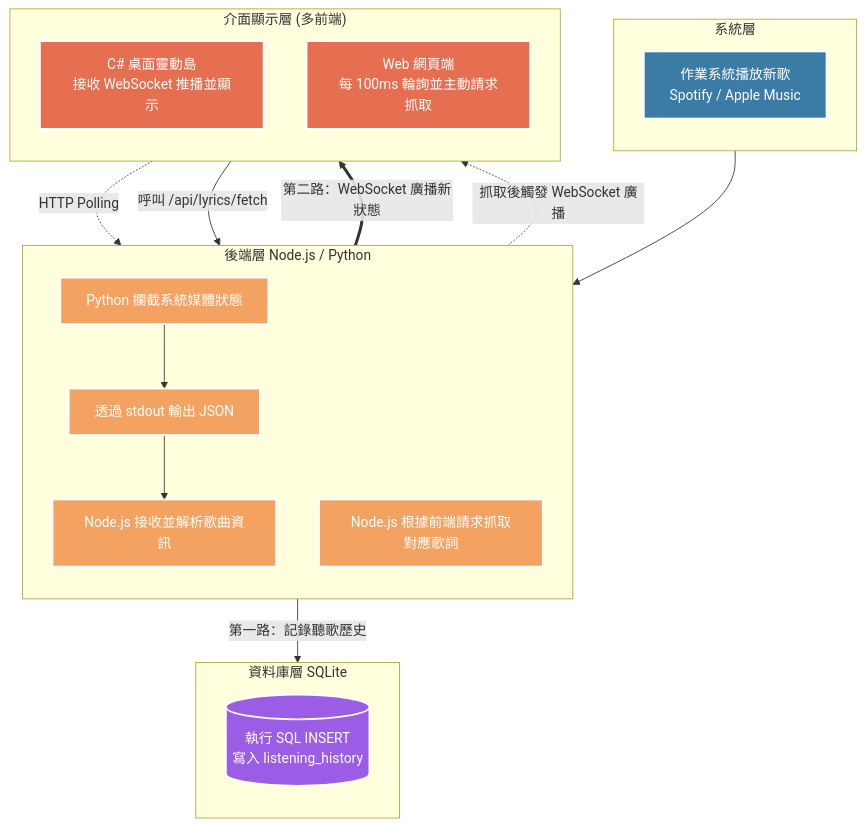
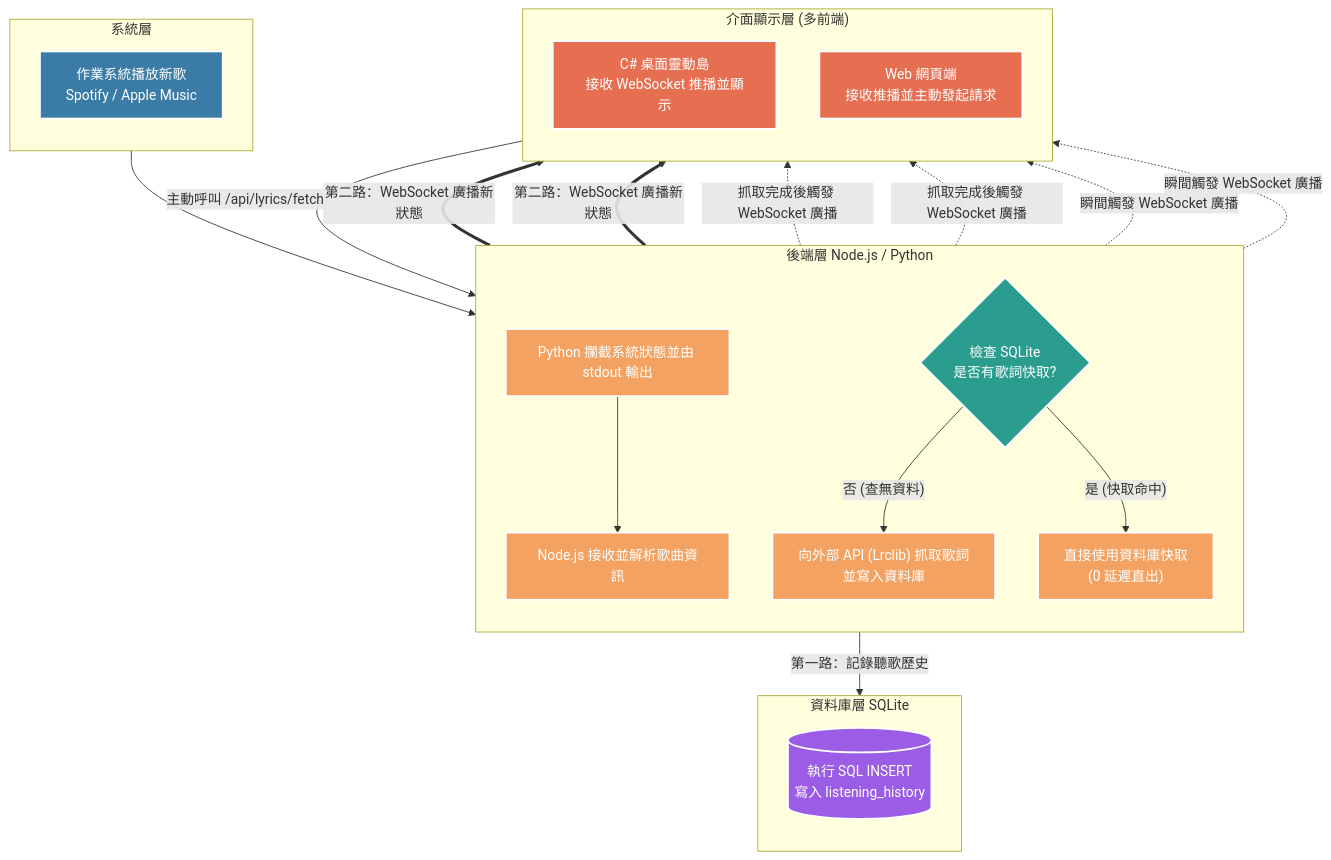
The second of 7 diagrams in README.md (bensionfang/Kanaric), drawn with Mermaid before and after one commit. The commit also changed 4 other files, not shown here.

Commit message:
feat: 升級為 Cloud-Edge 架構以支援 Render 雲端部署，並更新流程圖

````diff
--- a/README.md
+++ b/README.md
@@ -61,40 +61,52 @@
 ```mermaid
 flowchart TD
     classDef frontend fill:#3a7ca5,stroke:#fff,stroke-width:2px,color:#fff
     classDef backend fill:#f4a261,stroke:#fff,stroke-width:2px,color:#fff
     classDef database fill:#9b5de5,stroke:#fff,stroke-width:2px,color:#fff
     classDef display fill:#e76f51,stroke:#fff,stroke-width:2px,color:#fff
+    classDef condition fill:#2a9d8f,stroke:#fff,stroke-width:2px,color:#fff
 
     subgraph OS ["系統層"]
         direction TB
         Start["作業系統播放新歌<br>Spotify / Apple Music"]:::frontend
     end
 
     subgraph Backend ["後端層 Node.js / Python"]
         direction TB
-        Py["Python 攔截系統媒體狀態"]:::backend
-        PyJSON["透過 stdout 輸出 JSON"]:::backend
+        Py["Python 攔截系統狀態並由 stdout 輸出"]:::backend
         Node["Node.js 接收並解析歌曲資訊"]:::backend
-        Fetch["Node.js 根據前端請求抓取對應歌詞"]:::backend
+        CacheCheck{"檢查 SQLite<br>是否有歌詞快取?"}:::condition
+        Fetch["向外部 API (Lrclib) 抓取歌詞<br>並寫入資料庫"]:::backend
+        CacheHit["直接使用資料庫快取<br>(0 延遲直出)"]:::backend
     end
 
     subgraph DB ["資料庫層 SQLite"]
         direction TB
         InsertSQL[("執行 SQL INSERT<br>寫入 listening_history")]:::database
     end
 
     subgraph UI ["介面顯示層 (多前端)"]
         direction TB
         Island["C# 桌面靈動島<br>接收 WebSocket 推播並顯示"]:::display
-        WebApp["Web 網頁端<br>每 100ms 輪詢並主動請求抓取"]:::display
+        WebApp["Web 網頁端<br>接收推播並主動發起請求"]:::display
     end
 
     Start --> Py
-    Py --> PyJSON
-    PyJSON --> Node
+    Py --> Node
+    
     Node -- "第一路：記錄聽歌歷史" --> InsertSQL
+    
     Node == "第二路：WebSocket 廣播新狀態" ==> Island
-    WebApp -. "HTTP Polling" .-> Node
-    WebApp -- "呼叫 /api/lyrics/fetch" --> Fetch
-    Fetch -. "抓取後觸發 WebSocket 廣播" .-> Island
+    Node == "第二路：WebSocket 廣播新狀態" ==> WebApp
+    
+    WebApp -- "主動呼叫 /api/lyrics/fetch" --> CacheCheck
+    
+    CacheCheck -- "否 (查無資料)" --> Fetch
+    CacheCheck -- "是 (快取命中)" --> CacheHit
+    
+    Fetch -. "抓取完成後觸發 WebSocket 廣播" .-> Island
+    Fetch -. "抓取完成後觸發 WebSocket 廣播" .-> WebApp
+    
+    CacheHit -. "瞬間觸發 WebSocket 廣播" .-> Island
+    CacheHit -. "瞬間觸發 WebSocket 廣播" .-> WebApp
 ```
````
